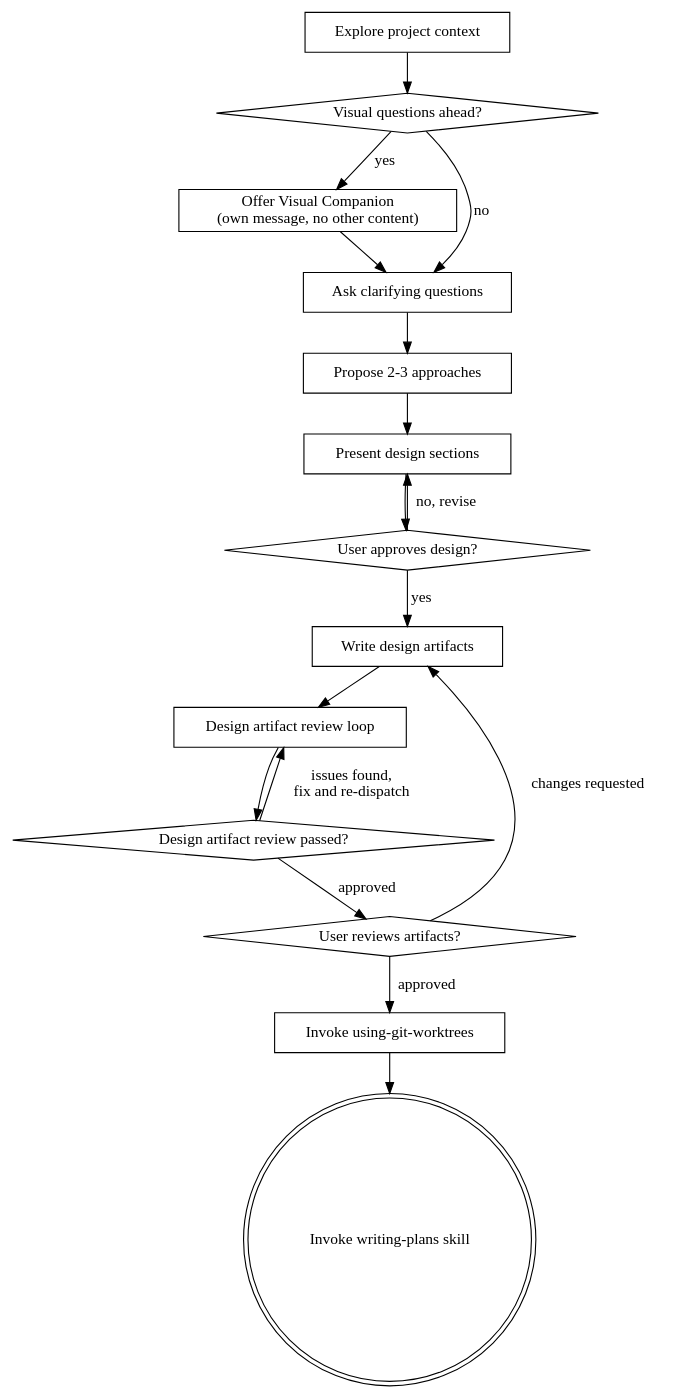
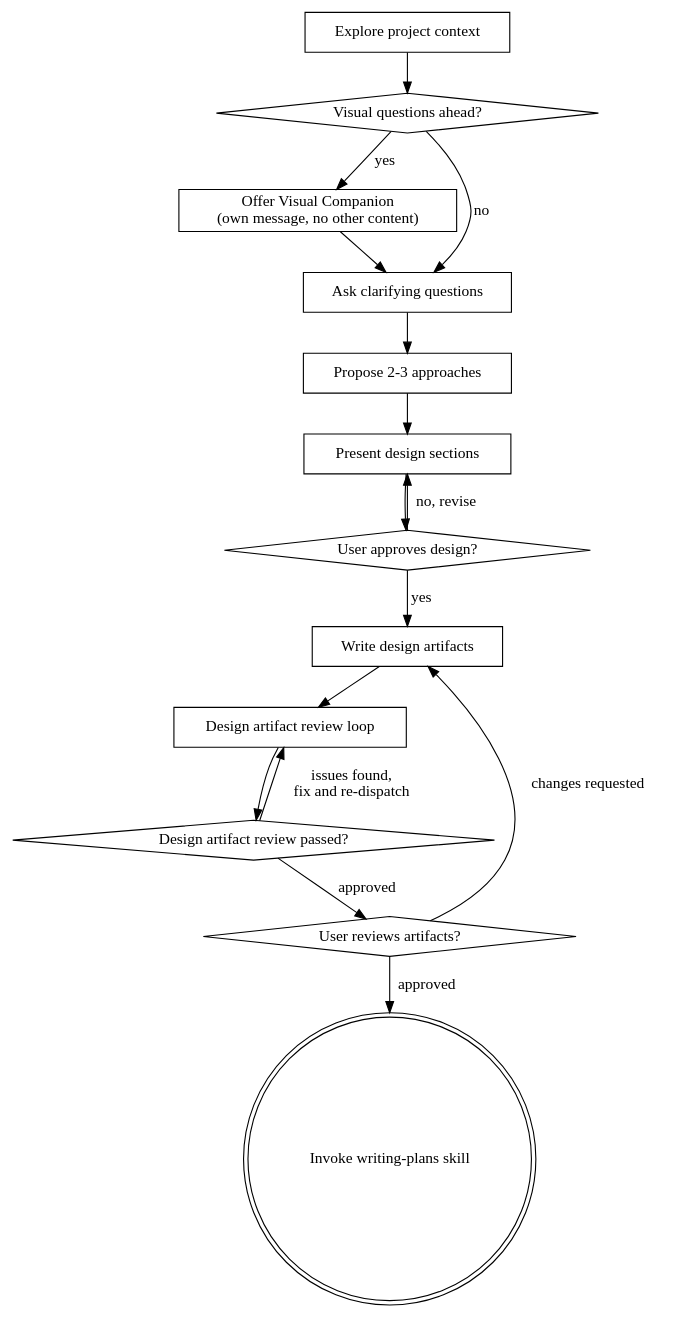
The diagram in skills/brainstorming/SKILL.md (joseph-bing-han/superpowers), drawn with Graphviz before and after one commit. The commit also changed other lines of this file and 20 other files, not shown here.

````diff
--- a/skills/brainstorming/SKILL.md
+++ b/skills/brainstorming/SKILL.md
@@ -60,34 +60,32 @@
 ```dot
 digraph brainstorming {
     "Explore project context" [shape=box];
     "Visual questions ahead?" [shape=diamond];
     "Offer Visual Companion\n(own message, no other content)" [shape=box];
     "Ask clarifying questions" [shape=box];
     "Propose 2-3 approaches" [shape=box];
     "Present design sections" [shape=box];
     "User approves design?" [shape=diamond];
     "Write design artifacts" [shape=box];
     "Design artifact review loop" [shape=box];
     "Design artifact review passed?" [shape=diamond];
     "User reviews artifacts?" [shape=diamond];
-    "Invoke using-git-worktrees" [shape=box];
     "Invoke writing-plans skill" [shape=doublecircle];
 
     "Explore project context" -> "Visual questions ahead?";
     "Visual questions ahead?" -> "Offer Visual Companion\n(own message, no other content)" [label="yes"];
     "Visual questions ahead?" -> "Ask clarifying questions" [label="no"];
     "Offer Visual Companion\n(own message, no other content)" -> "Ask clarifying questions";
     "Ask clarifying questions" -> "Propose 2-3 approaches";
     "Propose 2-3 approaches" -> "Present design sections";
     "Present design sections" -> "User approves design?";
     "User approves design?" -> "Present design sections" [label="no, revise"];
     "User approves design?" -> "Write design artifacts" [label="yes"];
     "Write design artifacts" -> "Design artifact review loop";
     "Design artifact review loop" -> "Design artifact review passed?";
     "Design artifact review passed?" -> "Design artifact review loop" [label="issues found,\nfix and re-dispatch"];
     "Design artifact review passed?" -> "User reviews artifacts?" [label="approved"];
     "User reviews artifacts?" -> "Write design artifacts" [label="changes requested"];
-    "User reviews artifacts?" -> "Invoke using-git-worktrees" [label="approved"];
-    "Invoke using-git-worktrees" -> "Invoke writing-plans skill";
+    "User reviews artifacts?" -> "Invoke writing-plans skill" [label="approved"];
 }
 ```
````
